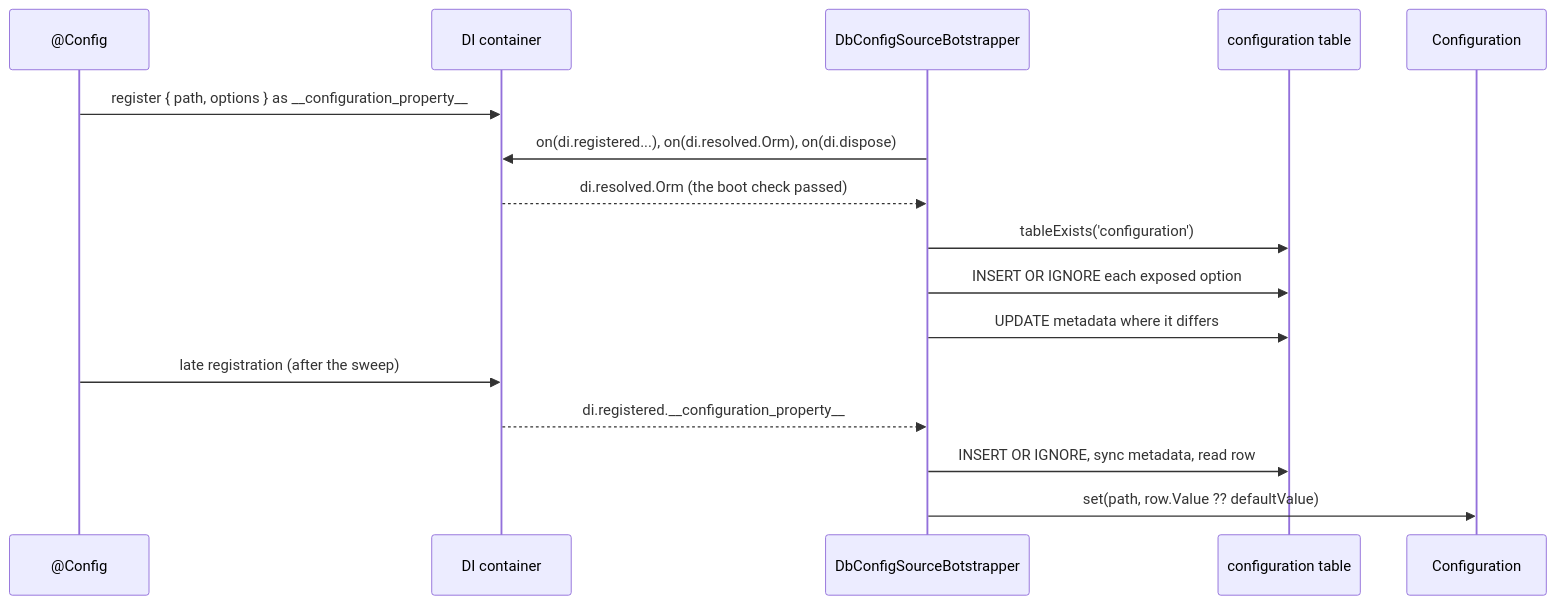
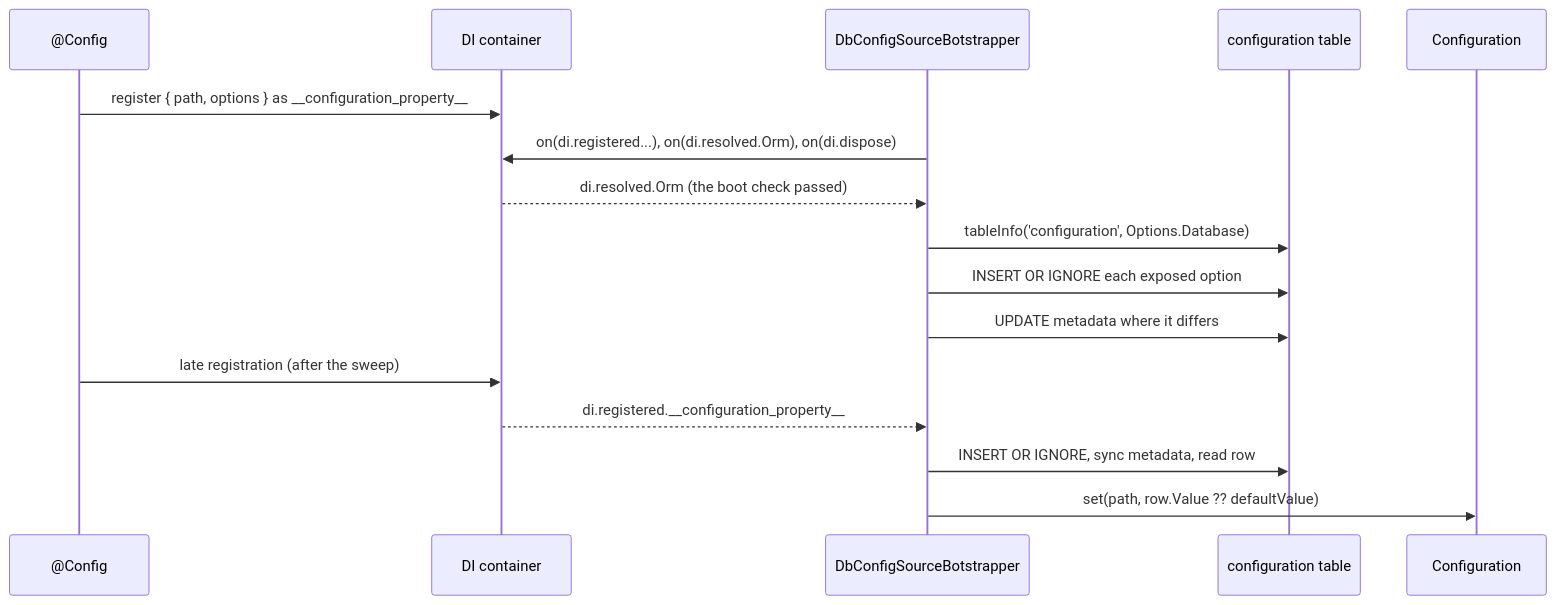
The diagram in docs/configuration-db-source/02-exposing-options.md (spinajs/main), drawn with Mermaid before and after one commit. The commit also changed other lines of this file and 1 other file, not shown here.

Commit message:
docs(configuration-db-source): the table check reads the connection's database; changeset

````diff
--- a/docs/configuration-db-source/02-exposing-options.md
+++ b/docs/configuration-db-source/02-exposing-options.md
@@ -30,18 +30,18 @@
 ```mermaid
 sequenceDiagram
   participant D as @Config
   participant DI as DI container
   participant B as DbConfigSourceBotstrapper
   participant DB as configuration table
   participant C as Configuration
   D->>DI: register { path, options } as __configuration_property__
   B->>DI: on(di.registered...), on(di.resolved.Orm), on(di.dispose)
   DI-->>B: di.resolved.Orm (the boot check passed)
-  B->>DB: tableExists('configuration')
+  B->>DB: tableInfo('configuration', Options.Database)
   B->>DB: INSERT OR IGNORE each exposed option
   B->>DB: UPDATE metadata where it differs
   D->>DI: late registration (after the sweep)
   DI-->>B: di.registered.__configuration_property__
   B->>DB: INSERT OR IGNORE, sync metadata, read row
   B->>C: set(path, row.Value ?? defaultValue)
 ```
````
